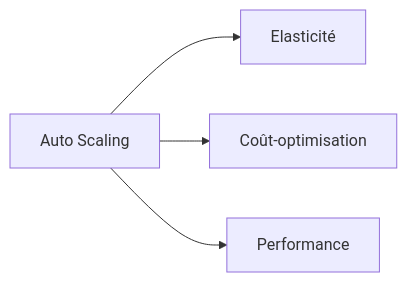
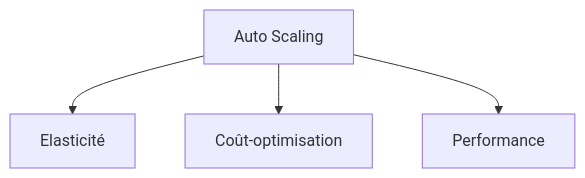
Before and after one commit to zyrass/omnydocs: the first of 31 diagrams in docs/glossaire/cloud-computing.md, drawn with Mermaid. The commit also changed other lines of this file and 1780 other files, not shown here.

````diff
--- a/docs/glossaire/cloud-computing.md
+++ b/docs/glossaire/cloud-computing.md
@@ -26,6 +32,6 @@
-    ```mermaid
-    graph LR
-        A[Auto Scaling] --> B[Elasticité]
-        A --> C[Coût-optimisation]
-        A --> D[Performance]
-    ```
+```mermaid
+graph TB
+    A[Auto Scaling] --> B[Elasticité]
+    A --> C[Coût-optimisation]
+    A --> D[Performance]
+```
````
